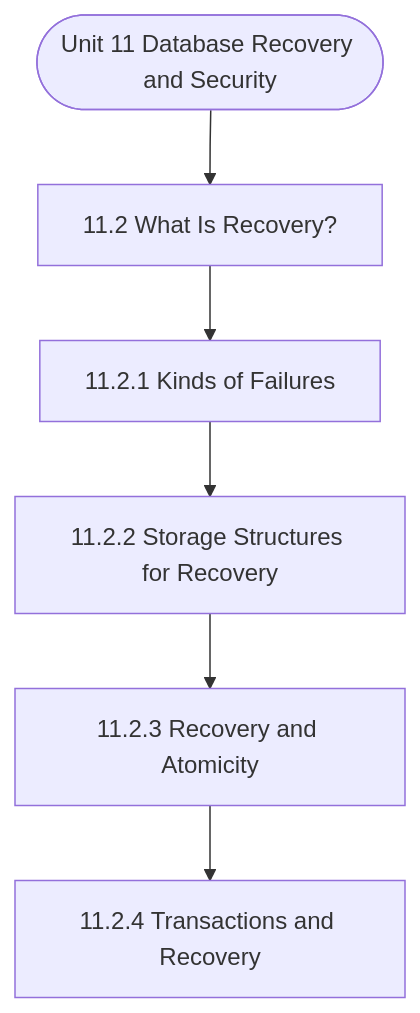
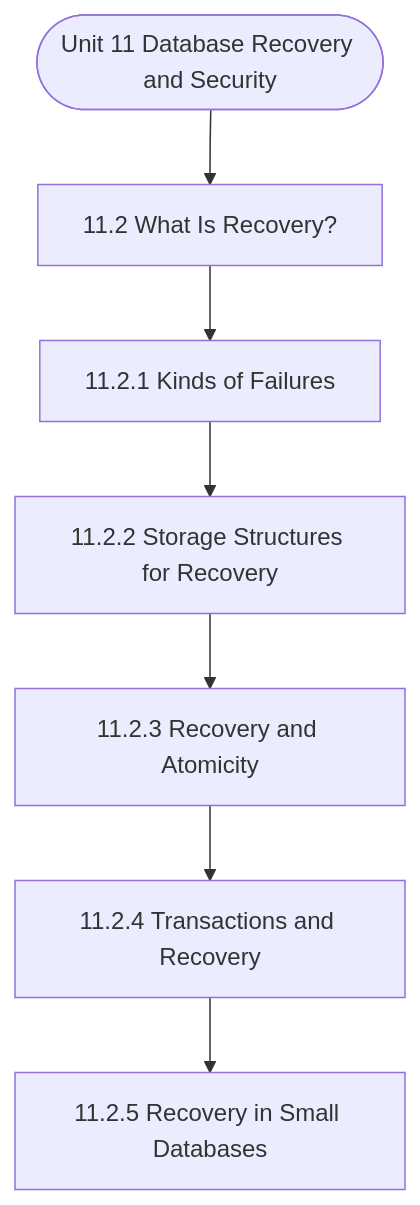
Before and after one commit to Asutosh-Coaching/mscdsa: the diagram in notes/Semester_1/MCS-207_Database_Management_Systems/unit_11_Database_Recovery_and_Security.md, drawn with Mermaid. The commit also changed other lines of this file and 116 other files, not shown here.

````diff
--- a/notes/Semester_1/MCS-207_Database_Management_Systems/unit_11_Database_Recovery_and_Security.md
+++ b/notes/Semester_1/MCS-207_Database_Management_Systems/unit_11_Database_Recovery_and_Security.md
@@ -19,14 +19,16 @@
 ```mermaid
 flowchart TD
   Start(["Unit 11 Database Recovery and Security"])
   N1["11.2 What Is Recovery?"]
   N2["11.2.1 Kinds of Failures"]
   N3["11.2.2 Storage Structures for Recovery"]
   N4["11.2.3 Recovery and Atomicity"]
   N5["11.2.4 Transactions and Recovery"]
+  N6["11.2.5 Recovery in Small Databases"]
   Start --> N1
   N1 --> N2
   N2 --> N3
   N3 --> N4
   N4 --> N5
+  N5 --> N6
 ```
````
